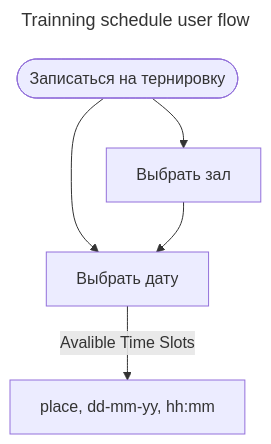
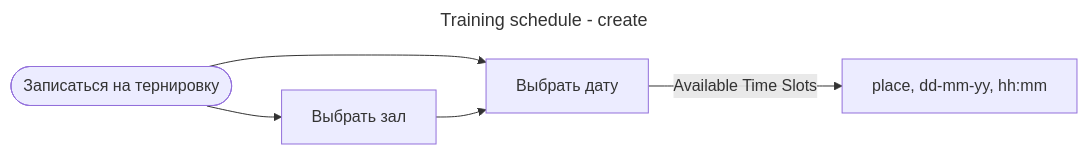
One commit to tubopo/tennis-tg-bot changed the first of 2 diagrams in README.md. Above: the diagram before and after it, drawn with Mermaid. The commit also changed other lines of this file, not shown here.

Commit message:
User flow doc

````diff
--- a/README.md
+++ b/README.md
@@ -9,13 +9,13 @@
 ```mermaid
 ---
-       title: Trainning schedule user flow
+ title: Training schedule - create
 ---
-flowchart TD
-    start([Записаться на тернировку])
-    start-->date[Выбрать дату]
-    start-->place[Выбрать зал]
+flowchart LR
+ appointment([Записаться на тернировку])
+ appointment-->date[Выбрать дату]
+ appointment-->place[Выбрать зал]
 
-    date--"`Avalible Time Slots`"-->calendar[place, dd-mm-yy, hh:mm]
+ date--"`Available Time Slots`"-->calendar[place, dd-mm-yy, hh:mm]
 
-    place-->date
+ place-->date
 ```
````
